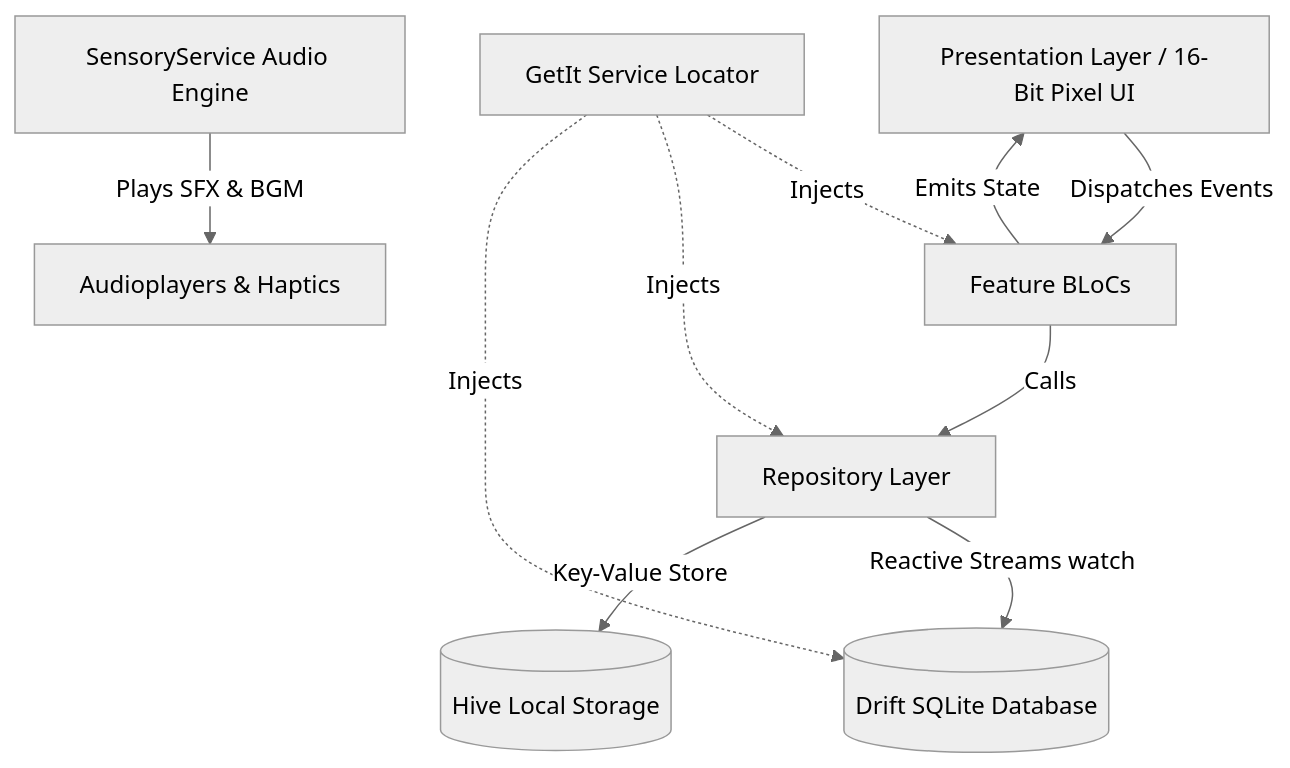
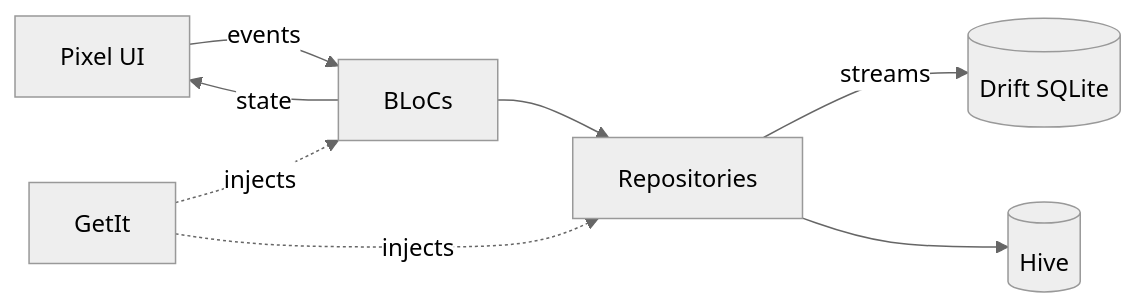
Before and after one commit to Theeraphat-S/workxp-mobile: the diagram in README.md, drawn with Mermaid (neutral theme). The commit also changed other lines of this file and 14 other files, not shown here.

````diff
--- a/README.md
+++ b/README.md
@@ -152,12 +62,9 @@
 ```mermaid
-graph TD
-    UI[Presentation Layer / 16-Bit Pixel UI] -->|Dispatches Events| BLOC[Feature BLoCs]
-    BLOC -->|Emits State| UI
-    BLOC -->|Calls| REPO[Repository Layer]
-    REPO -->|Reactive Streams watch| DB[(Drift SQLite Database)]
-    REPO -->|Key-Value Store| HIVE[(Hive Local Storage)]
-    AUDIO[SensoryService Audio Engine] -->|Plays SFX & BGM| AUDIOPLAYERS[Audioplayers & Haptics]
-    LOC[GetIt Service Locator] -.->|Injects| BLOC
-    LOC -.->|Injects| REPO
-    LOC -.->|Injects| DB
+graph LR
+    UI[Pixel UI] -->|events| BLOC[BLoCs]
+    BLOC -->|state| UI
+    BLOC --> REPO[Repositories]
+    REPO -->|streams| DB[(Drift SQLite)]
+    REPO --> HIVE[(Hive)]
+    LOC[GetIt] -.->|injects| BLOC & REPO
 ```
````
